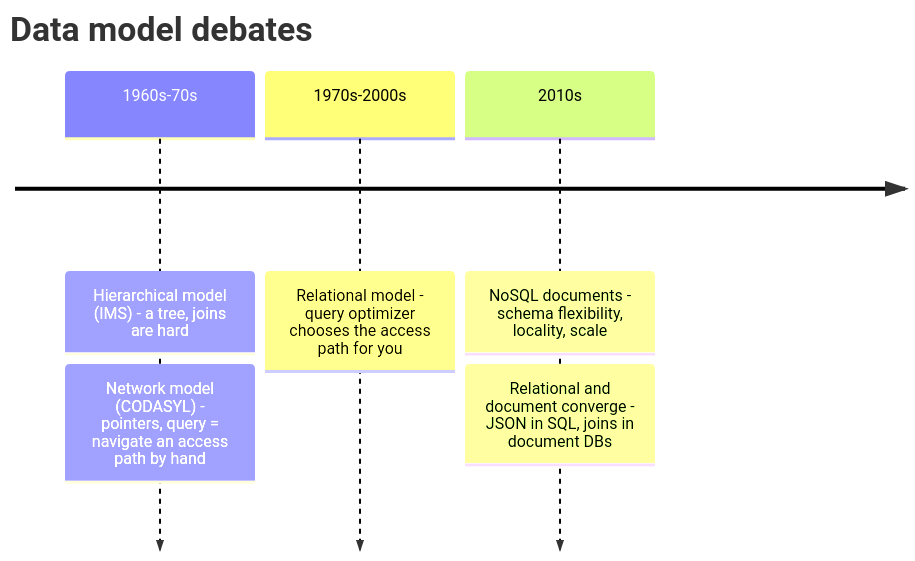
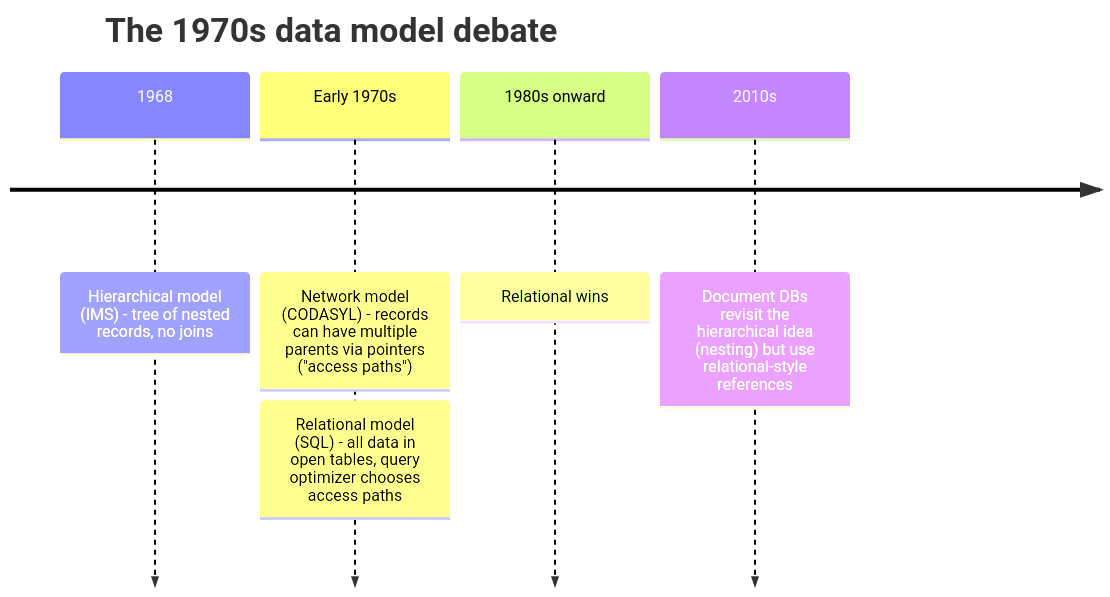
One commit to pratikguru998/ddia-book changed the fourth of 10 diagrams in docs/chapters/part-1/02-data-models.mdx. Above: the diagram before and after it, drawn with Mermaid. The commit also changed other lines of this file and 13 other files, not shown here.

Commit message:
Expand all 12 chapters: every book subsection, deeper notes, ~320 diagrams

````diff
--- a/docs/chapters/part-1/02-data-models.mdx
+++ b/docs/chapters/part-1/02-data-models.mdx
@@ -52,9 +175,9 @@
 ```mermaid
 timeline
-  title Data model debates
-  1960s-70s : Hierarchical model (IMS) - a tree, joins are hard
-            : Network model (CODASYL) - pointers, query = navigate an access path by hand
-  1970s-2000s : Relational model - query optimizer chooses the access path for you
-  2010s : NoSQL documents - schema flexibility, locality, scale
-        : Relational and document converge - JSON in SQL, joins in document DBs
+  title The 1970s data model debate
+  1968 : Hierarchical model (IMS) - tree of nested records, no joins
+  Early 1970s : Network model (CODASYL) - records can have multiple parents via pointers ("access paths")
+              : Relational model (SQL) - all data in open tables, query optimizer chooses access paths
+  1980s onward : Relational wins
+  2010s : Document DBs revisit the hierarchical idea (nesting) but use relational-style references
 ```
````
